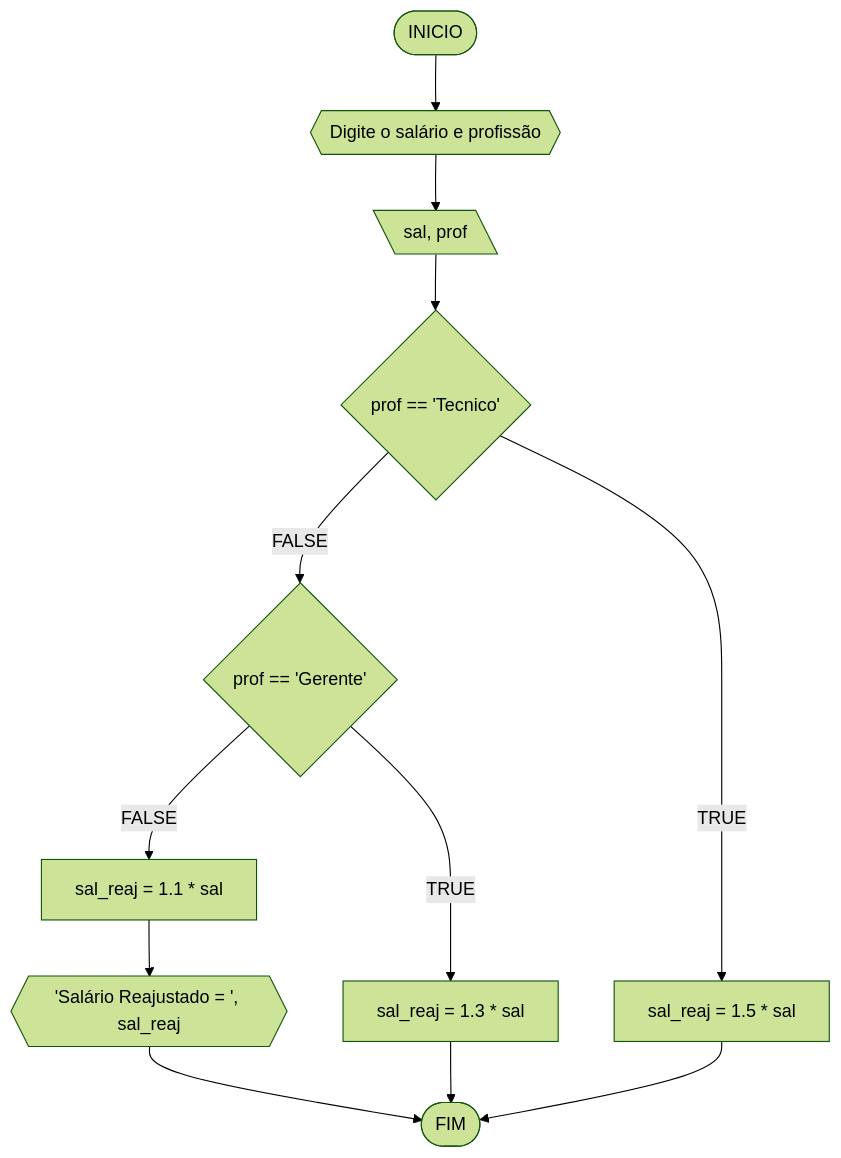
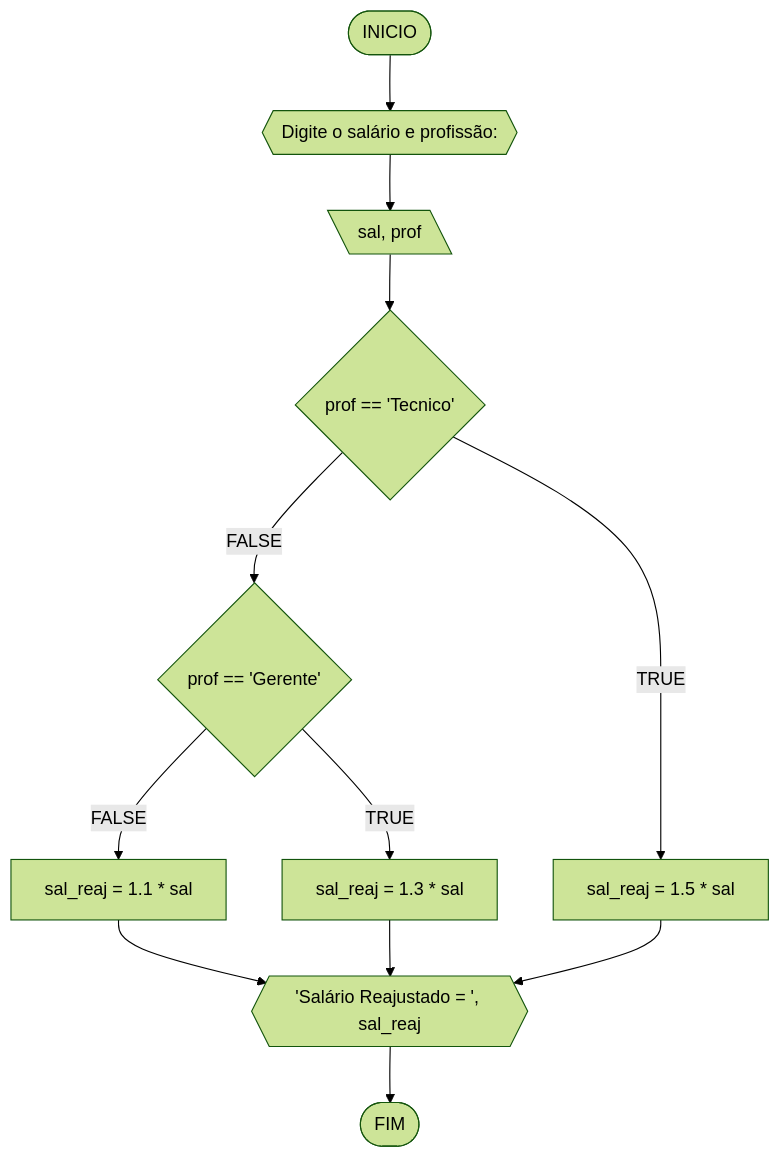
One commit to majuss8/ads-unifor changed the first of 5 diagrams in RaciocinioLogicoAlgoritmico/lista_exercicios2.md. Above: the diagram before and after it, drawn with Mermaid (forest theme). The commit also changed other lines of this file, not shown here.

````diff
--- a/RaciocinioLogicoAlgoritmico/lista_exercicios2.md
+++ b/RaciocinioLogicoAlgoritmico/lista_exercicios2.md
@@ -10,14 +9,14 @@
 ```mermaid
 flowchart TD
-A([INICIO]) --> B{{Digite o salário e profissão}}
+A([INICIO]) --> B{{Digite o salário e profissão:}}
 B --> C[\sal, prof\]
 C --> D{prof == 'Tecnico'}
 D --FALSE--> E{prof == 'Gerente'}
 D --TRUE--> F[sal_reaj = 1.5 * sal]
 E --FALSE--> H[sal_reaj = 1.1 * sal]
 E --TRUE--> G[sal_reaj = 1.3 * sal]
-G --> I([FIM])
-F --> I
 H --> J{{'Salário Reajustado = ', sal_reaj}}
-J --> I
+F --> J
+G --> J
+J --> I([FIM])
 ```
````
